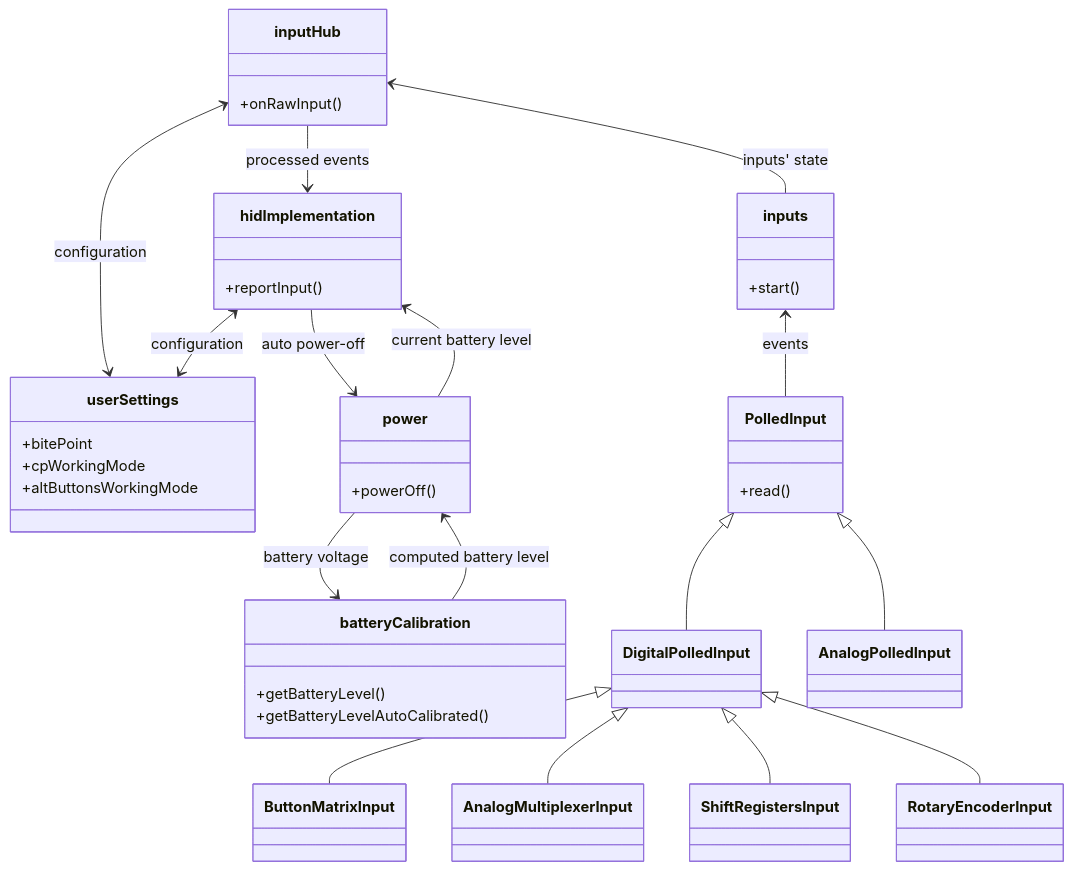
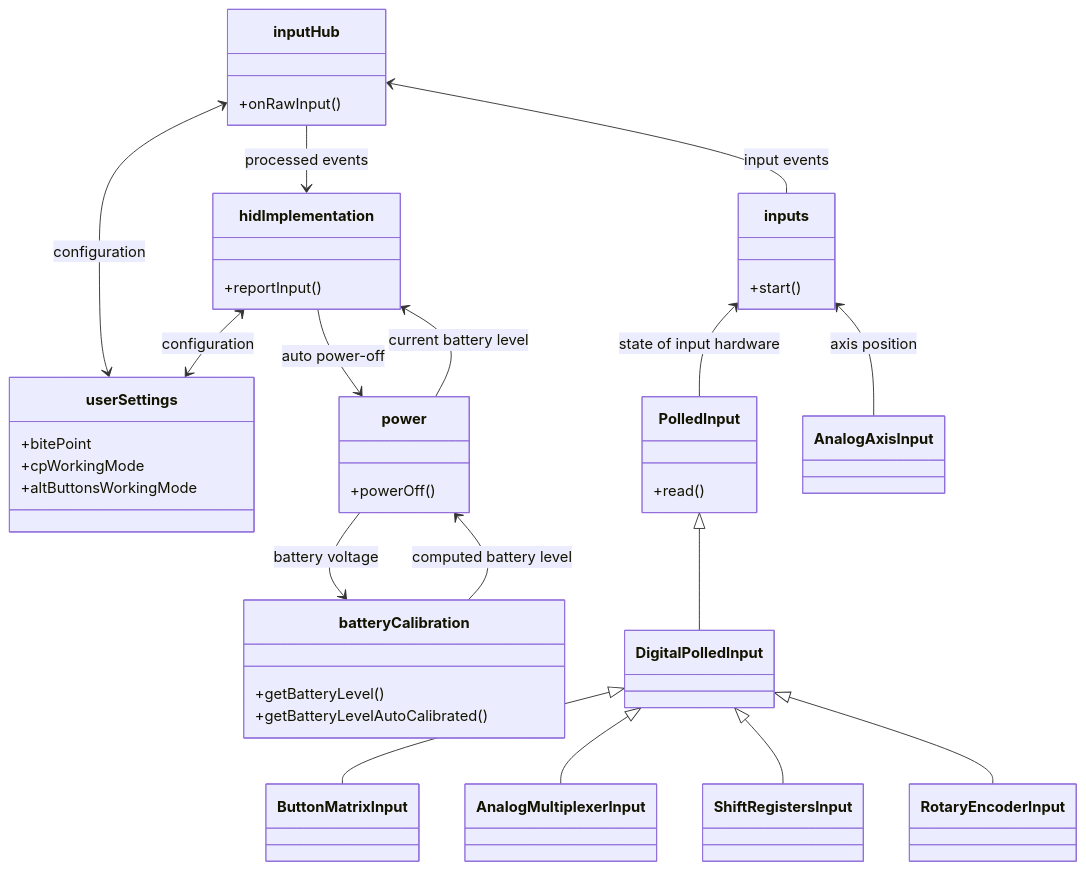
Before and after one commit to afpineda/OpenSourceSimWheelESP32: the first of 3 diagrams in doc/firmware/FirmwareArchitecture_en.md, drawn with Mermaid. The commit also changed other lines of this file and 10 other files, not shown here.

````diff
--- a/doc/firmware/FirmwareArchitecture_en.md
+++ b/doc/firmware/FirmwareArchitecture_en.md
@@ -59,43 +59,43 @@
 ```mermaid
 classDiagram
     class RotaryEncoderInput
     class inputs {
       +start()
     }
     class inputHub {
       +onRawInput()
     }
     class userSettings {
       +bitePoint
       +cpWorkingMode
       +altButtonsWorkingMode
     }
     class hidImplementation {
       +reportInput()
     }
     class power {
       +powerOff()
     }
     class batteryCalibration {
       +getBatteryLevel()
       +getBatteryLevelAutoCalibrated()
     }
     class PolledInput {
       +read()
     }
-    inputHub <-- inputs: inputs' state
-    inputs <-- PolledInput: events
+    inputHub <-- inputs: input events
+    inputs <-- AnalogAxisInput: axis position
+    inputs <-- PolledInput: state of input hardware
     DigitalPolledInput <|-- ButtonMatrixInput
     DigitalPolledInput <|-- AnalogMultiplexerInput
     DigitalPolledInput <|-- ShiftRegistersInput
     DigitalPolledInput <|-- RotaryEncoderInput
     PolledInput <|-- DigitalPolledInput
-    PolledInput <|-- AnalogPolledInput
     inputHub <--> userSettings: configuration
     inputHub --> hidImplementation: processed events
     hidImplementation <--> userSettings: configuration
     hidImplementation --> power: auto power-off
     hidImplementation <-- power: current battery level
     power --> batteryCalibration: battery voltage
     power <-- batteryCalibration: computed battery level
 ```
````
